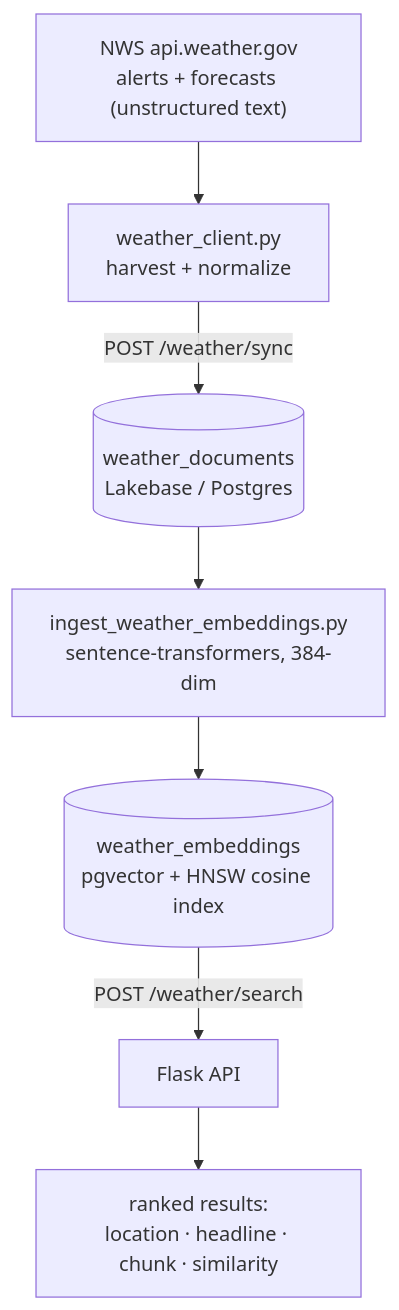
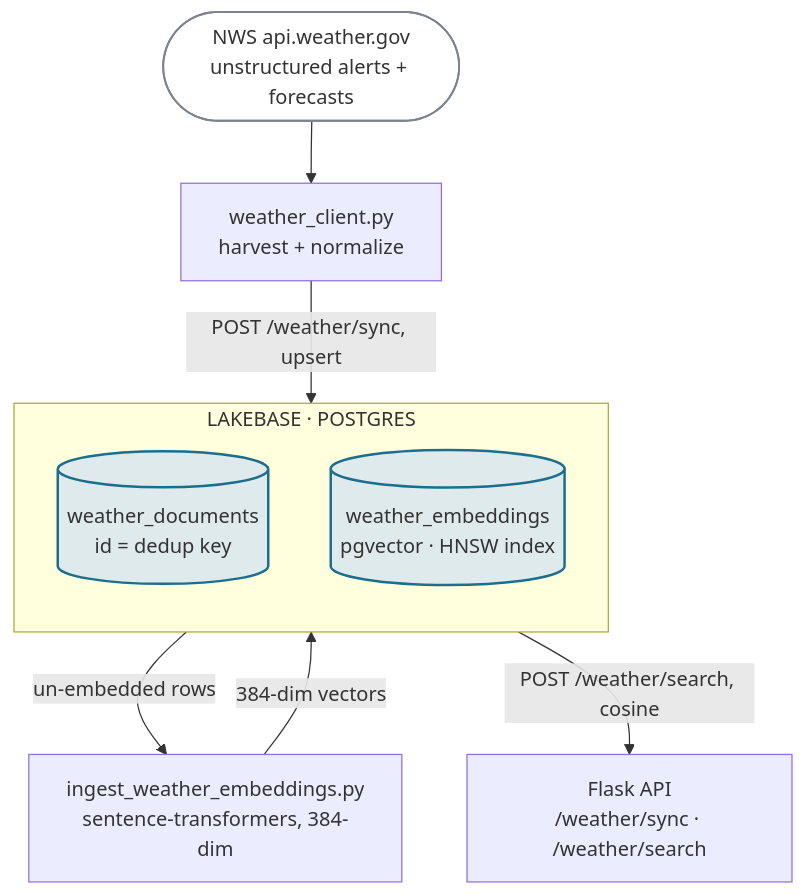
One commit to DBishal13/databricks-ai-capstone changed the third of 5 diagrams in README.md. Above: the diagram before and after it, drawn with Mermaid. The commit also changed other lines of this file, not shown here.

First line of the commit message:
Redesign README mermaid diagrams to match the demo page

````diff
--- a/README.md
+++ b/README.md
@@ -146,9 +165,20 @@
 ```mermaid
 flowchart TD
-    NWS["NWS api.weather.gov<br/>alerts + forecasts (unstructured text)"] --> Client["weather_client.py<br/>harvest + normalize"]
-    Client -->|POST /weather/sync| Docs[("weather_documents<br/>Lakebase / Postgres")]
-    Docs --> Embed["ingest_weather_embeddings.py<br/>sentence-transformers, 384-dim"]
-    Embed --> Vec[("weather_embeddings<br/>pgvector + HNSW cosine index")]
-    Vec -->|POST /weather/search| API["Flask API"]
-    API --> Result["ranked results:<br/>location · headline · chunk · similarity"]
+    NWS(["NWS api.weather.gov<br/>unstructured alerts + forecasts"]) --> Client["weather_client.py<br/>harvest + normalize"]
+
+    subgraph LAKEBASE["LAKEBASE · POSTGRES"]
+        direction TB
+        Docs[("weather_documents<br/>id = dedup key")]
+        Vec[("weather_embeddings<br/>pgvector · HNSW index")]
+    end
+
+    Client -->|POST /weather/sync, upsert| Docs
+    Docs -->|un-embedded rows| Embed["ingest_weather_embeddings.py<br/>sentence-transformers, 384-dim"]
+    Embed -->|384-dim vectors| Vec
+    Vec -->|POST /weather/search, cosine| API["Flask API<br/>/weather/sync · /weather/search"]
+
+    classDef hub fill:#dfeaec,stroke:#1c6e8c,stroke-width:2px;
+    classDef ext fill:#ffffff,stroke:#7b8390,stroke-width:1.5px;
+    class Docs,Vec hub
+    class NWS ext
 ```
````
